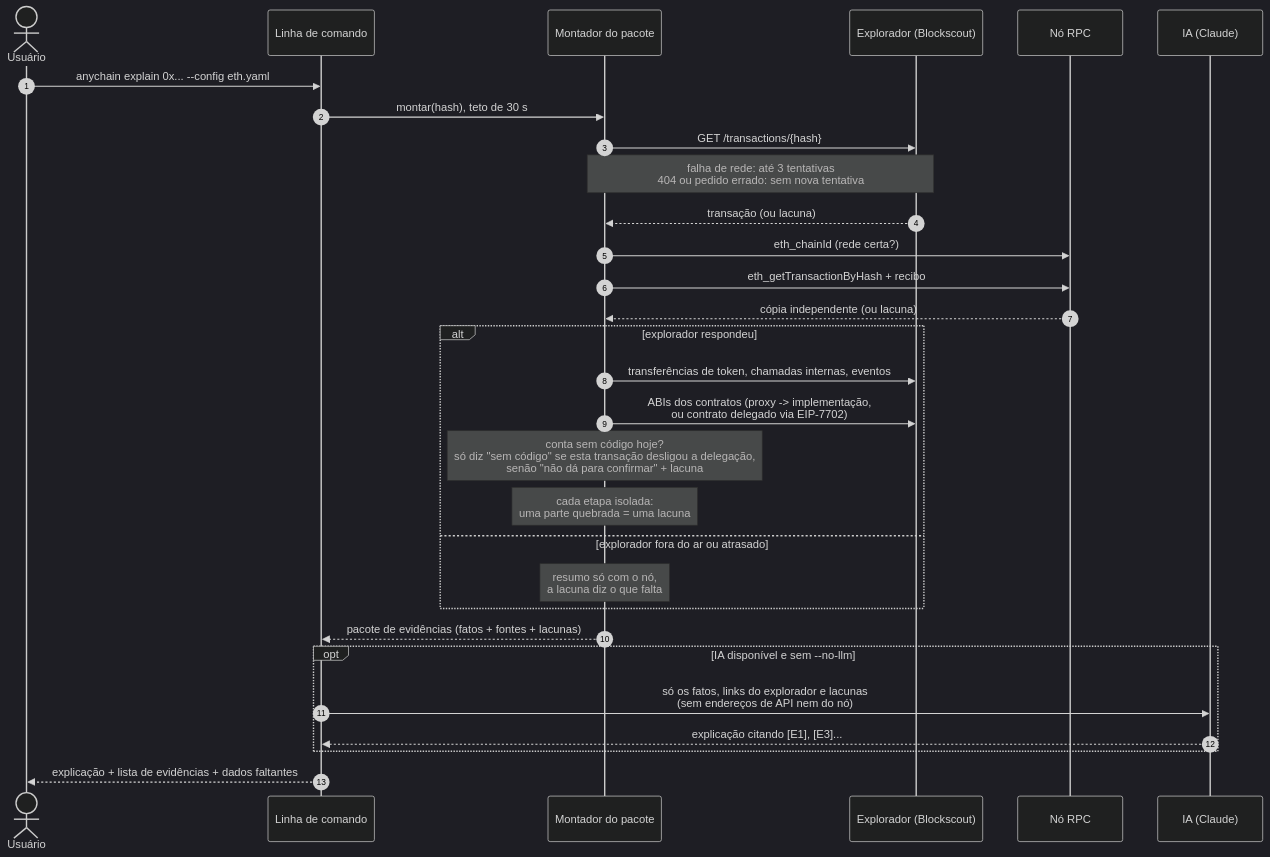
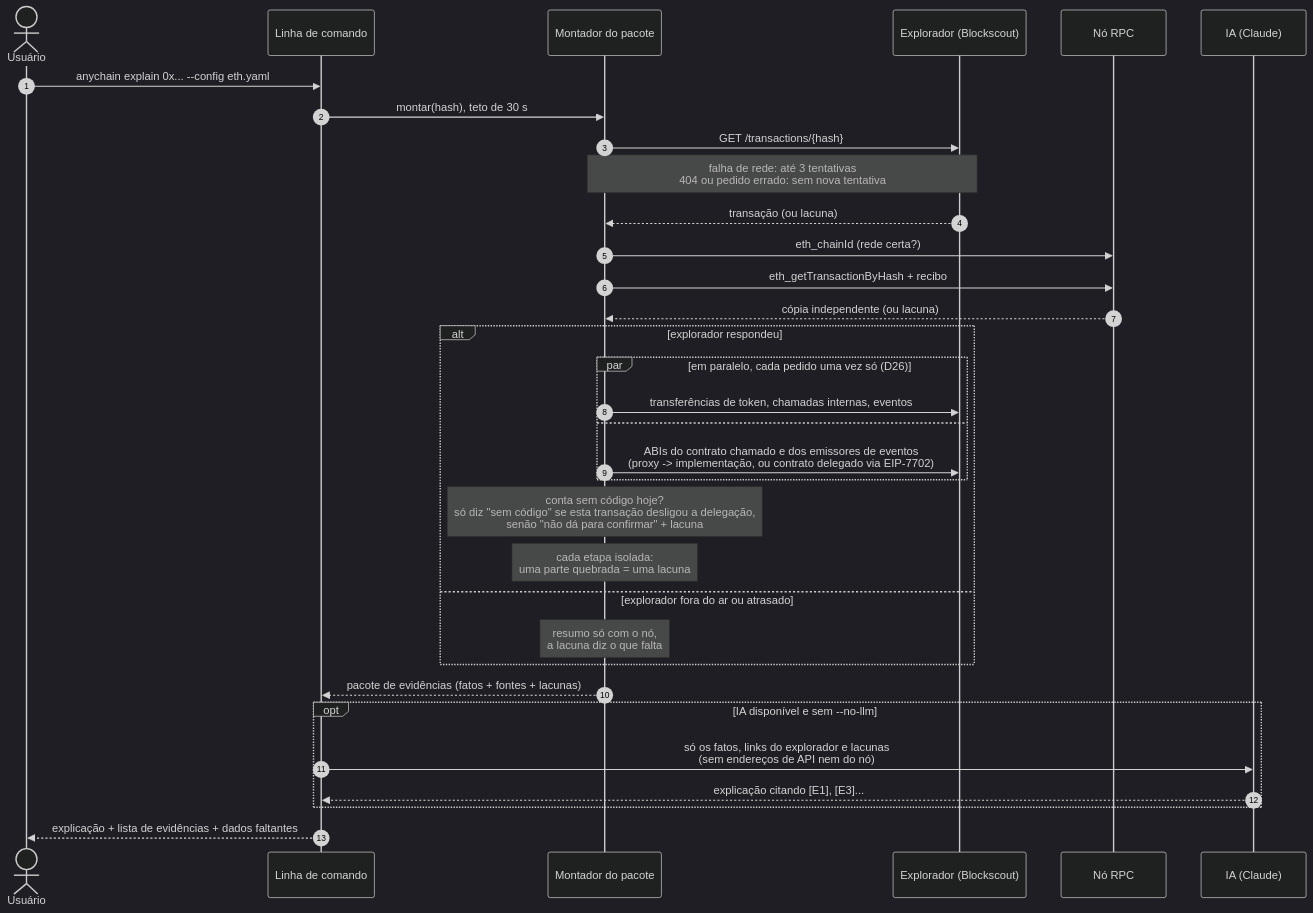
The second of 5 diagrams in docs/ARCHITECTURE.pt-BR.md (Ebaoj/anychain), drawn with Mermaid (dark theme) before and after one commit. The commit also changed other lines of this file and 14 other files, not shown here.

````diff
--- a/docs/ARCHITECTURE.pt-BR.md
+++ b/docs/ARCHITECTURE.pt-BR.md
@@ -80,33 +80,36 @@
 ```mermaid
 sequenceDiagram
     autonumber
     actor U as Usuário
     participant C as Linha de comando
     participant B as Montador do pacote
     participant E as Explorador (Blockscout)
     participant R as Nó RPC
     participant L as IA (Claude)
 
     U->>C: anychain explain 0x... --config eth.yaml
     C->>B: montar(hash), teto de 30 s
     B->>E: GET /transactions/{hash}
     Note over B,E: falha de rede: até 3 tentativas<br/>404 ou pedido errado: sem nova tentativa
     E-->>B: transação (ou lacuna)
     B->>R: eth_chainId (rede certa?)
     B->>R: eth_getTransactionByHash + recibo
     R-->>B: cópia independente (ou lacuna)
     alt explorador respondeu
-        B->>E: transferências de token, chamadas internas, eventos
-        B->>E: ABIs dos contratos (proxy -> implementação,<br/>ou contrato delegado via EIP-7702)
+        par em paralelo, cada pedido uma vez só (D26)
+            B->>E: transferências de token, chamadas internas, eventos
+        and
+            B->>E: ABIs do contrato chamado e dos emissores de eventos<br/>(proxy -> implementação, ou contrato delegado via EIP-7702)
+        end
         Note over B: conta sem código hoje?<br/>só diz "sem código" se esta transação desligou a delegação,<br/>senão "não dá para confirmar" + lacuna
         Note over B: cada etapa isolada:<br/>uma parte quebrada = uma lacuna
     else explorador fora do ar ou atrasado
         Note over B: resumo só com o nó,<br/>a lacuna diz o que falta
     end
     B-->>C: pacote de evidências (fatos + fontes + lacunas)
     opt IA disponível e sem --no-llm
         C->>L: só os fatos, links do explorador e lacunas<br/>(sem endereços de API nem do nó)
         L-->>C: explicação citando [E1], [E3]...
     end
     C-->>U: explicação + lista de evidências + dados faltantes
 ```
````
